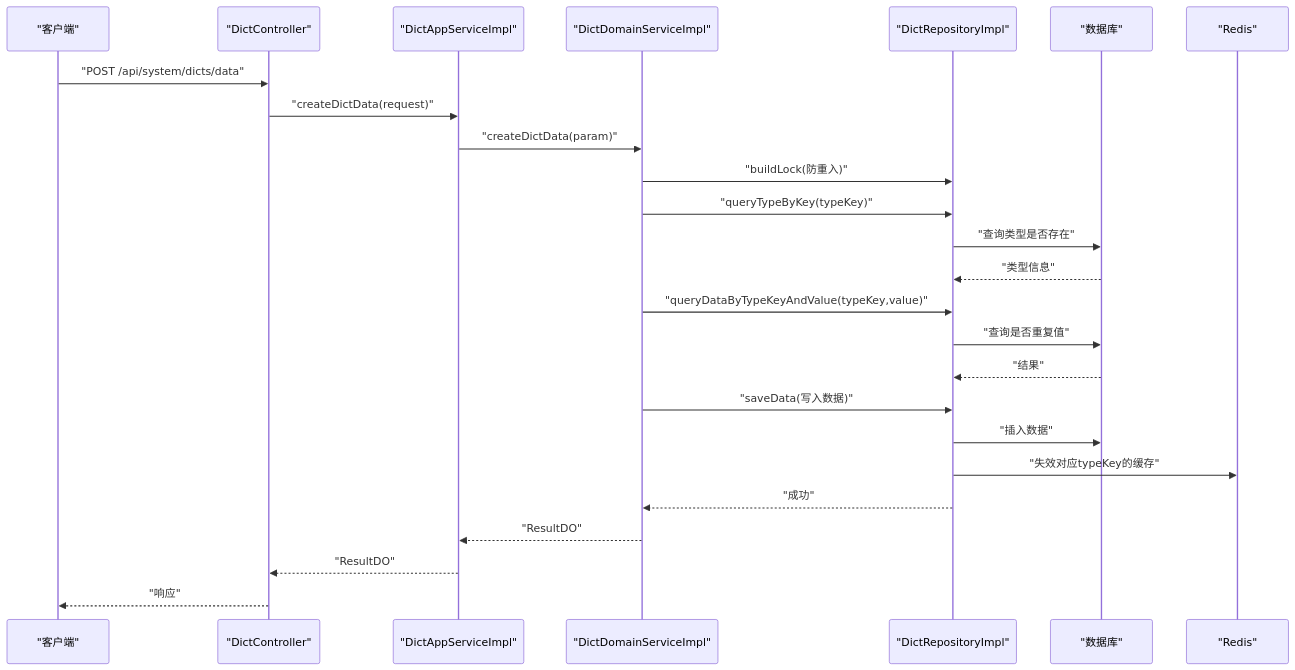
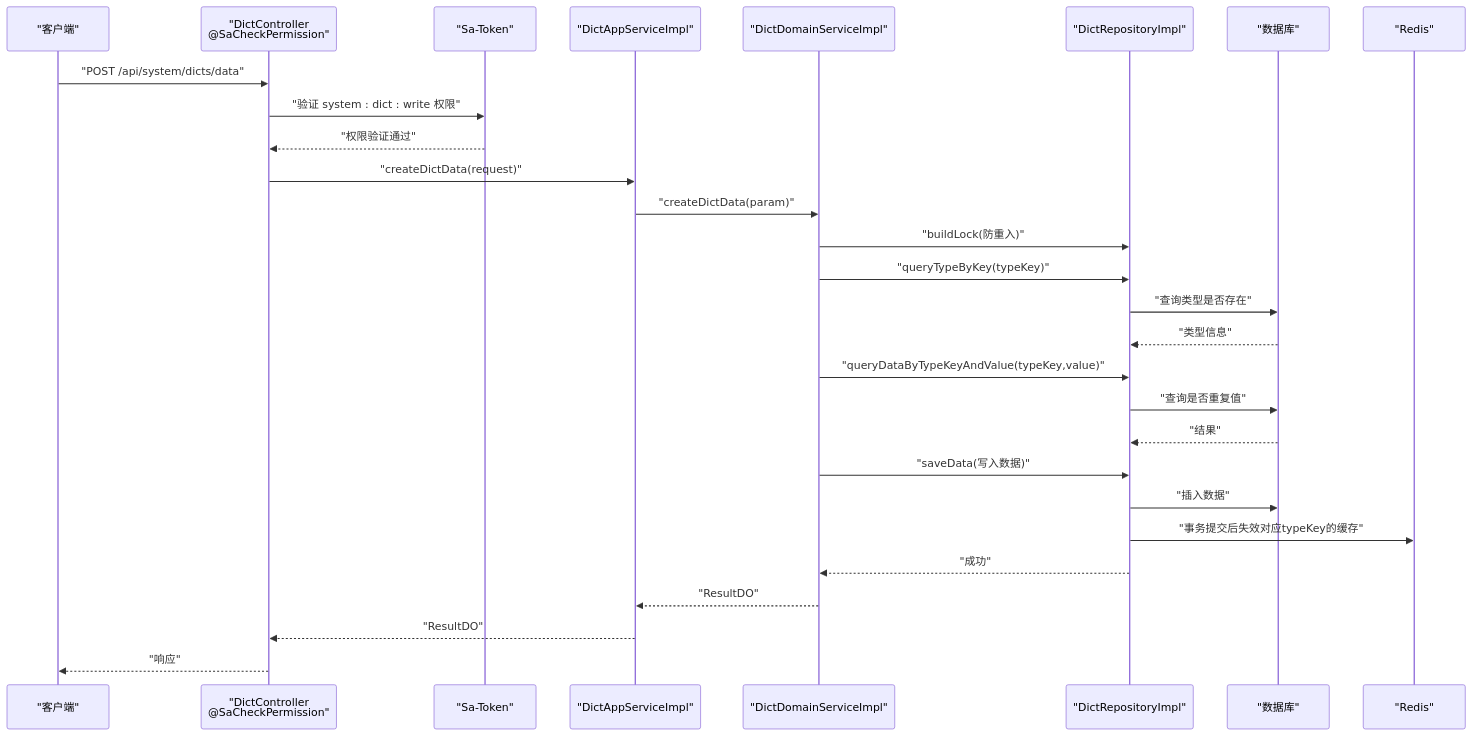
The second of 6 diagrams in .qoder/repowiki/zh/content/核心业务模块/字典管理模块.md (sunnaoxixi/spring-ddd-template), drawn with Mermaid before and after one commit. The commit also changed other lines of this file and 91 other files, not shown here.

````diff
--- a/.qoder/repowiki/zh/content/核心业务模块/字典管理模块.md
+++ b/.qoder/repowiki/zh/content/核心业务模块/字典管理模块.md
@@ -105,27 +112,30 @@
 ```mermaid
 sequenceDiagram
 participant Client as "客户端"
-participant Ctrl as "DictController"
+participant Ctrl as "DictController<br/>@SaCheckPermission"
+participant Auth as "Sa-Token"
 participant AppW as "DictAppServiceImpl"
 participant Dom as "DictDomainServiceImpl"
 participant Repo as "DictRepositoryImpl"
 participant DB as "数据库"
 participant Cache as "Redis"
 Client->>Ctrl : "POST /api/system/dicts/data"
+Ctrl->>Auth : "验证 system : dict : write 权限"
+Auth-->>Ctrl : "权限验证通过"
 Ctrl->>AppW : "createDictData(request)"
 AppW->>Dom : "createDictData(param)"
 Dom->>Repo : "buildLock(防重入)"
 Dom->>Repo : "queryTypeByKey(typeKey)"
 Repo->>DB : "查询类型是否存在"
 DB-->>Repo : "类型信息"
 Dom->>Repo : "queryDataByTypeKeyAndValue(typeKey,value)"
 Repo->>DB : "查询是否重复值"
 DB-->>Repo : "结果"
 Dom->>Repo : "saveData(写入数据)"
 Repo->>DB : "插入数据"
-Repo->>Cache : "失效对应typeKey的缓存"
+Repo->>Cache : "事务提交后失效对应typeKey的缓存"
 Repo-->>Dom : "成功"
 Dom-->>AppW : "ResultDO"
 AppW-->>Ctrl : "ResultDO"
 Ctrl-->>Client : "响应"
 ```
````
